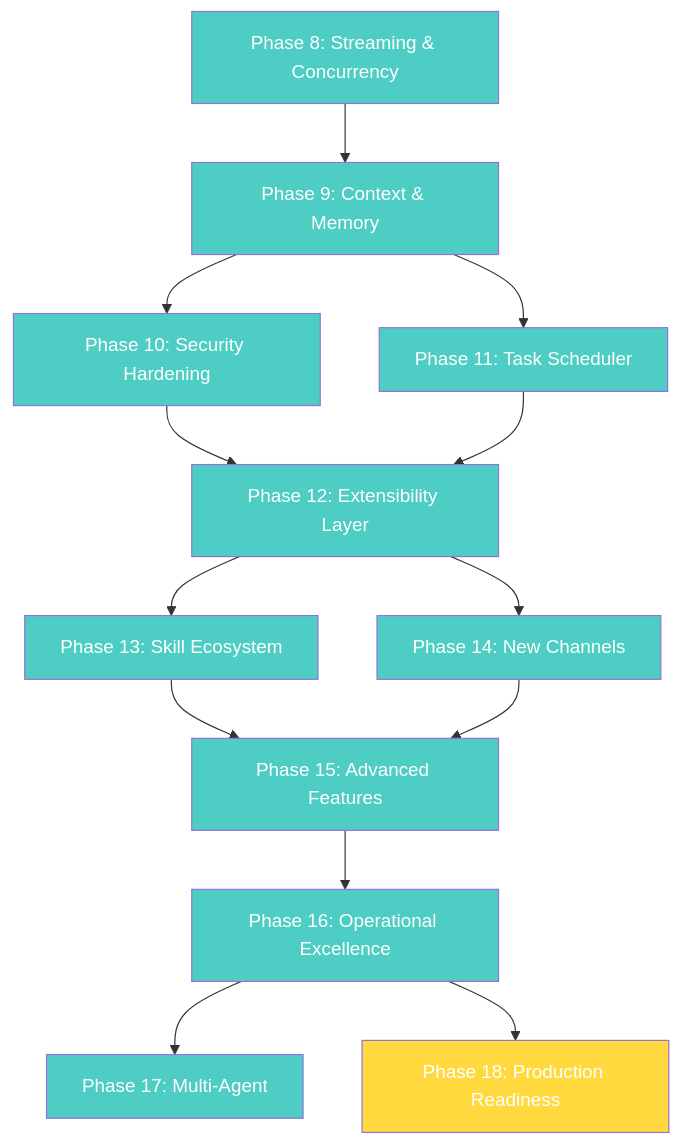
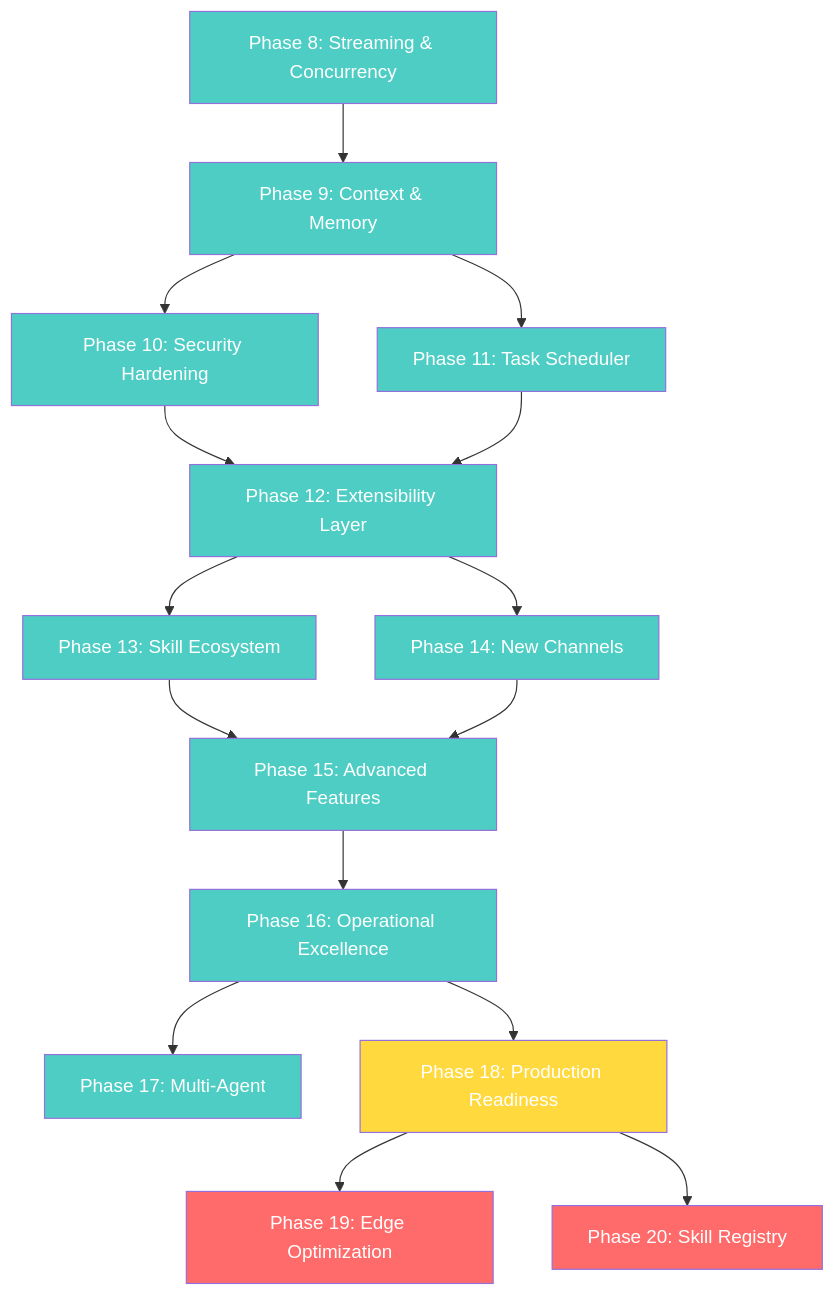
Before and after one commit to Kyoyeol-Kim/tizenclaw: the second of 2 diagrams in docs/ROADMAP.md, drawn with Mermaid. The commit also changed other lines of this file and 4 other files, not shown here.

First line of the commit message:
Add ZeroClaw comparative analysis, Phase 19-20 roadmap, and README overhaul

````diff
--- a/docs/ROADMAP.md
+++ b/docs/ROADMAP.md
@@ -738,27 +835,31 @@
 ```mermaid
 graph TD
     P8[Phase 8: Streaming & Concurrency] --> P9[Phase 9: Context & Memory]
     P9 --> P10[Phase 10: Security Hardening]
     P9 --> P11[Phase 11: Task Scheduler]
     P10 --> P12[Phase 12: Extensibility Layer]
     P11 --> P12
     P12 --> P13[Phase 13: Skill Ecosystem]
     P12 --> P14[Phase 14: New Channels]
     P13 --> P15[Phase 15: Advanced Features]
     P14 --> P15
     P15 --> P16[Phase 16: Operational Excellence]
     P16 --> P17[Phase 17: Multi-Agent]
     P16 --> P18[Phase 18: Production Readiness]
+    P18 --> P19[Phase 19: Edge Optimization]
+    P18 --> P20[Phase 20: Skill Registry]
 
     style P8 fill:#4ecdc4,color:#fff
     style P9 fill:#4ecdc4,color:#fff
     style P10 fill:#4ecdc4,color:#fff
     style P11 fill:#4ecdc4,color:#fff
     style P12 fill:#4ecdc4,color:#fff
     style P13 fill:#4ecdc4,color:#fff
     style P14 fill:#4ecdc4,color:#fff
     style P15 fill:#4ecdc4,color:#fff
     style P16 fill:#4ecdc4,color:#fff
     style P17 fill:#4ecdc4,color:#fff
     style P18 fill:#ffd93d,color:#fff
+    style P19 fill:#ff6b6b,color:#fff
+    style P20 fill:#ff6b6b,color:#fff
 ```
````
